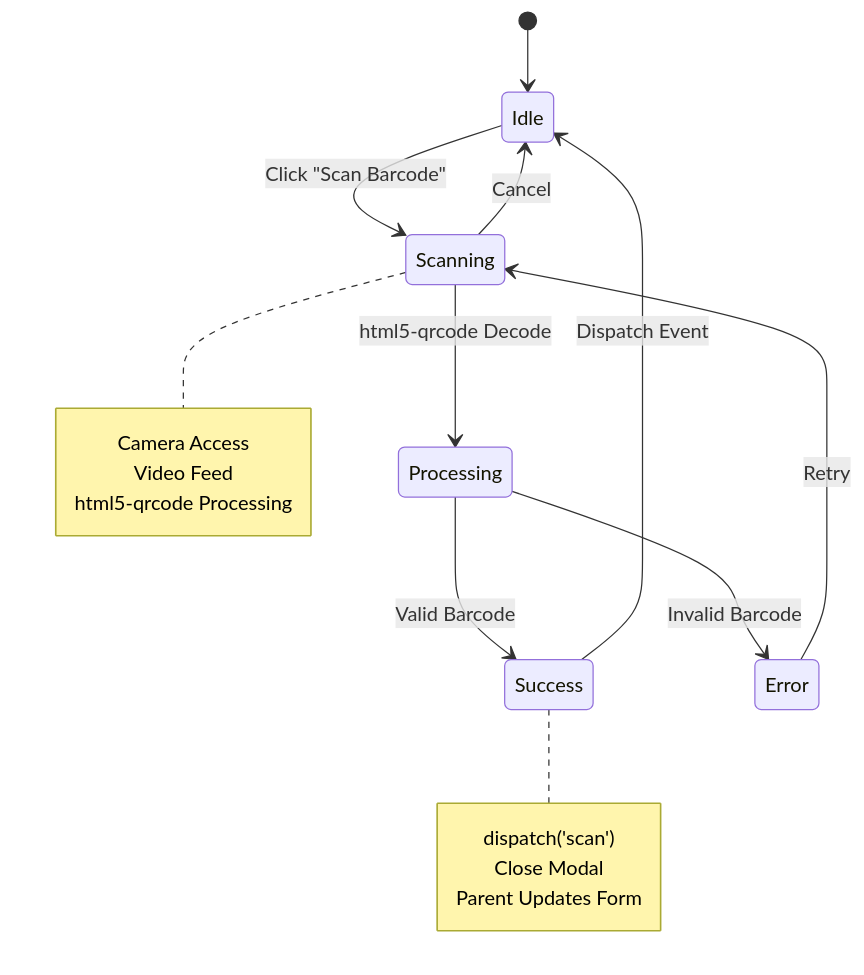
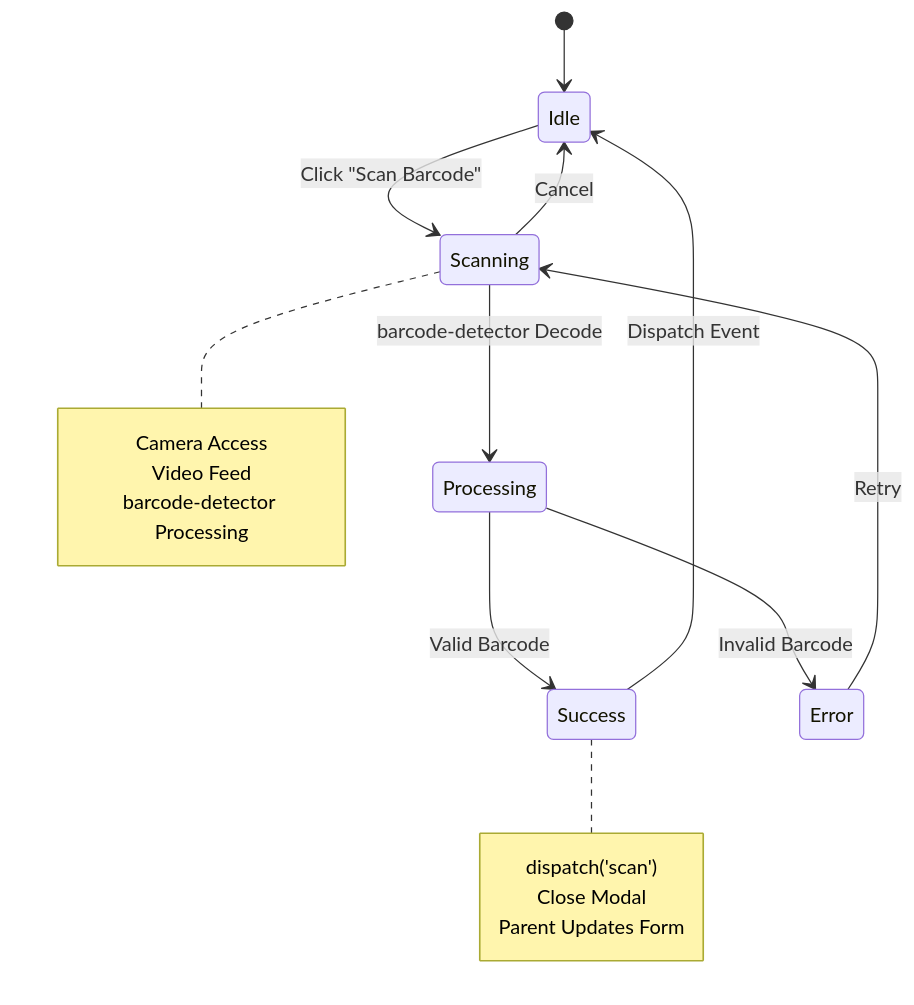
Before and after one commit to sbaerlocher/savvy: diagram 15 of 20 in ARCHITECTURE.md, drawn with Mermaid. The commit also changed other lines of this file and 8 other files, not shown here.

First line of the commit message:
refactor(client): migrate barcode scanner from zbar-wasm to barcode-detector

````diff
--- a/ARCHITECTURE.md
+++ b/ARCHITECTURE.md
@@ -1109,23 +1109,23 @@
 ```mermaid
 stateDiagram-v2
     [*] --> Idle
     Idle --> Scanning: Click "Scan Barcode"
-    Scanning --> Processing: html5-qrcode Decode
+    Scanning --> Processing: barcode-detector Decode
     Processing --> Success: Valid Barcode
     Processing --> Error: Invalid Barcode
     Success --> Idle: Dispatch Event
     Error --> Scanning: Retry
     Scanning --> Idle: Cancel
 
     note right of Scanning
         Camera Access
         Video Feed
-        html5-qrcode Processing
+        barcode-detector Processing
     end note
 
     note right of Success
         dispatch('scan')
         Close Modal
         Parent Updates Form
     end note
 ```
````
